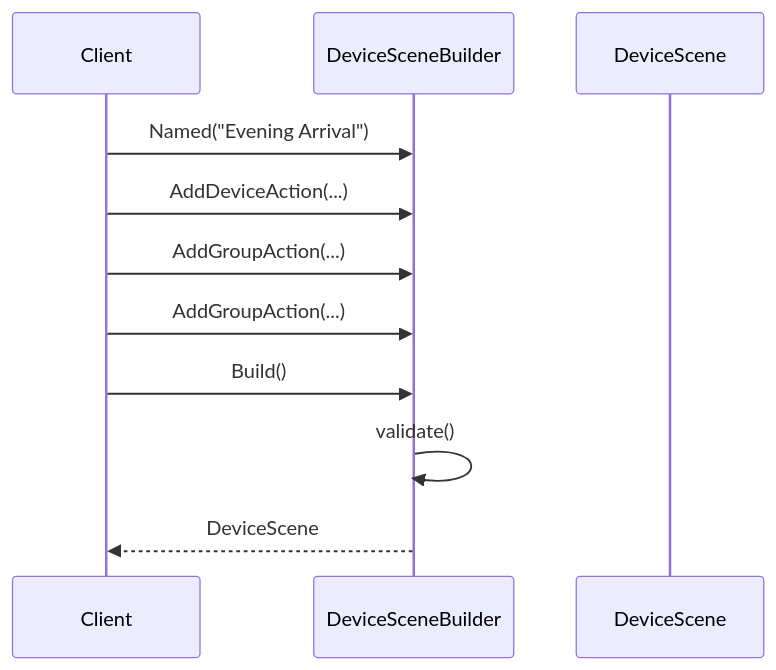
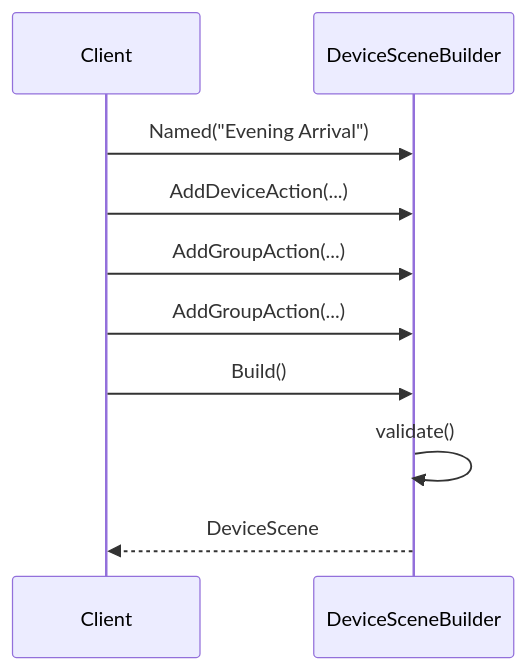
Before and after one commit to jeff-adkisson/swe-4743-spring-2026-oo-design: the ninth of 24 diagrams in presentations/14-repository-and-builder-patterns.md, drawn with Mermaid. The commit also changed other lines of this file, not shown here.

````diff
--- a/presentations/14-repository-and-builder-patterns.md
+++ b/presentations/14-repository-and-builder-patterns.md
@@ -434,14 +438,13 @@
 ```mermaid
 sequenceDiagram
     participant Client
     participant Builder as DeviceSceneBuilder
-    participant Scene as DeviceScene
 
     Client->>Builder: Named("Evening Arrival")
     Client->>Builder: AddDeviceAction(...)
     Client->>Builder: AddGroupAction(...)
     Client->>Builder: AddGroupAction(...)
     Client->>Builder: Build()
     Builder->>Builder: validate()
     Builder-->>Client: DeviceScene
 ```
````
